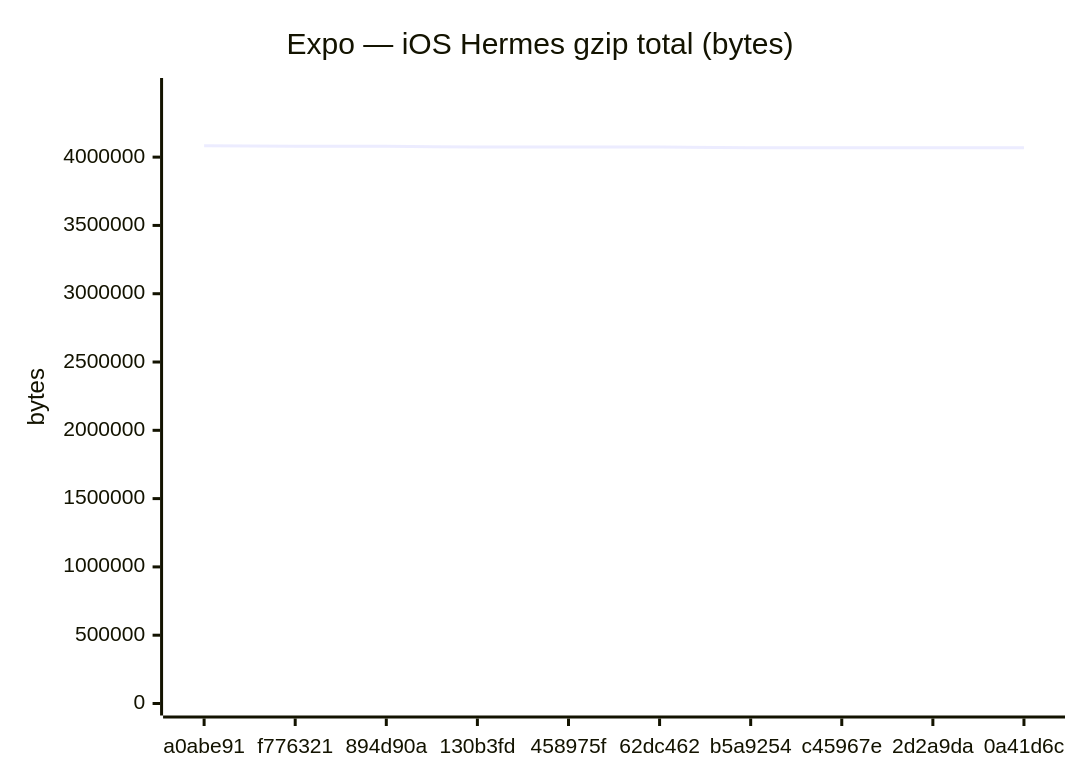
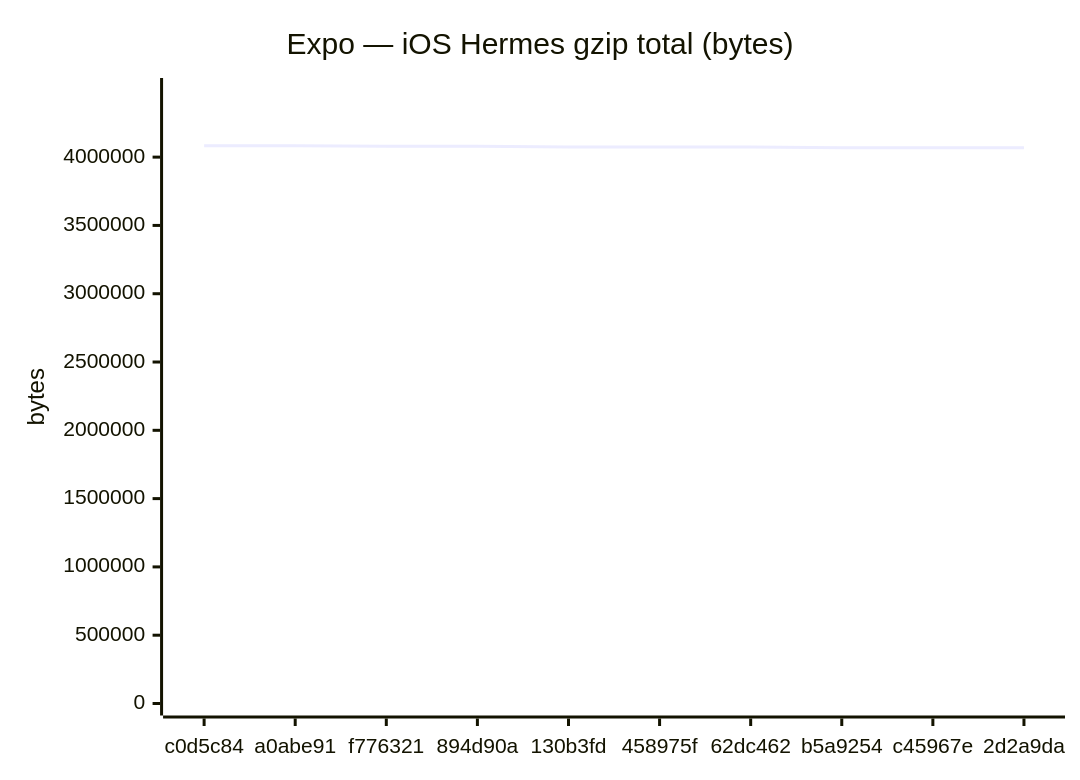
Before and after one commit to Metaheurist/Rianell: the sixth of 18 diagrams in benchmarks/compare.md, drawn with Mermaid. The commit also changed other lines of this file and 11 other files, not shown here.

````diff
--- a/benchmarks/compare.md
+++ b/benchmarks/compare.md
@@ -96,7 +96,7 @@
 ```mermaid
 xychart-beta
     title "Expo — iOS Hermes gzip total (bytes)"
-    x-axis ["a0abe91", "f776321", "894d90a", "130b3fd", "458975f", "62dc462", "b5a9254", "c45967e", "2d2a9da", "0a41d6c"]
+    x-axis ["c0d5c84", "a0abe91", "f776321", "894d90a", "130b3fd", "458975f", "62dc462", "b5a9254", "c45967e", "2d2a9da"]
     y-axis "bytes" 0 --> 4491418
-    line [4083107, 4079675, 4079243, 4074172, 4073443, 4073443, 4069109, 4069113, 4069106, 4069107]
+    line [4083106, 4083107, 4079675, 4079243, 4074172, 4073443, 4073443, 4069109, 4069113, 4069106]
 ```
````
